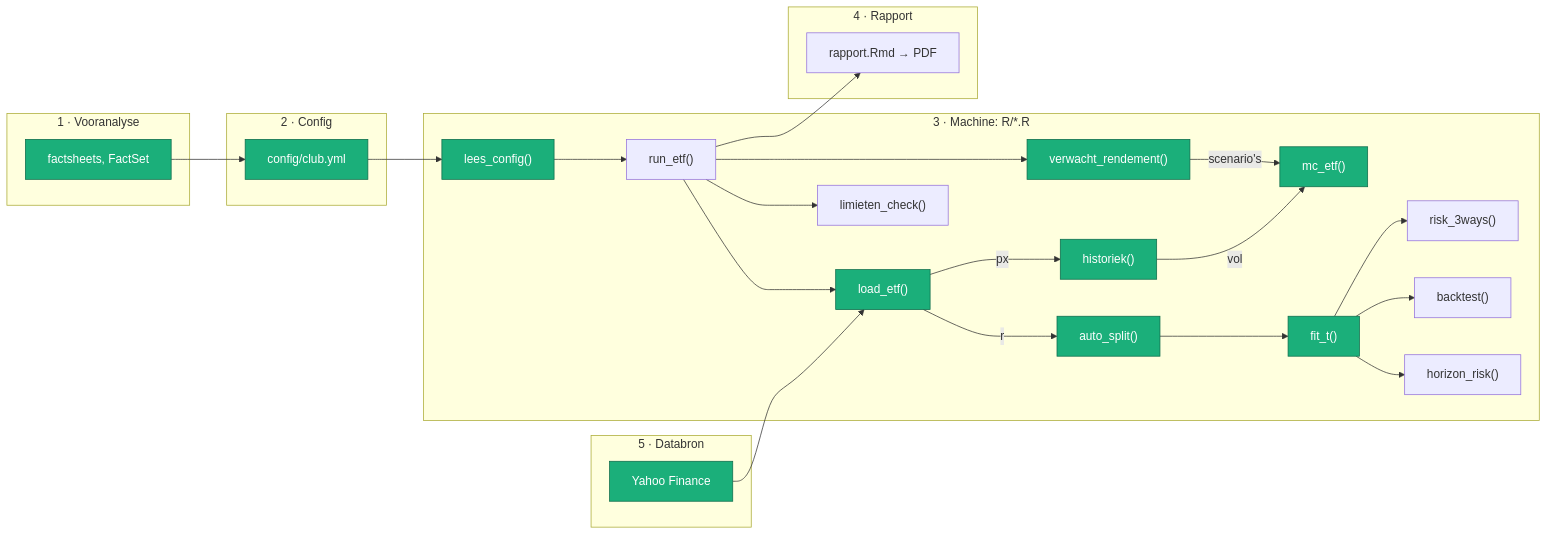
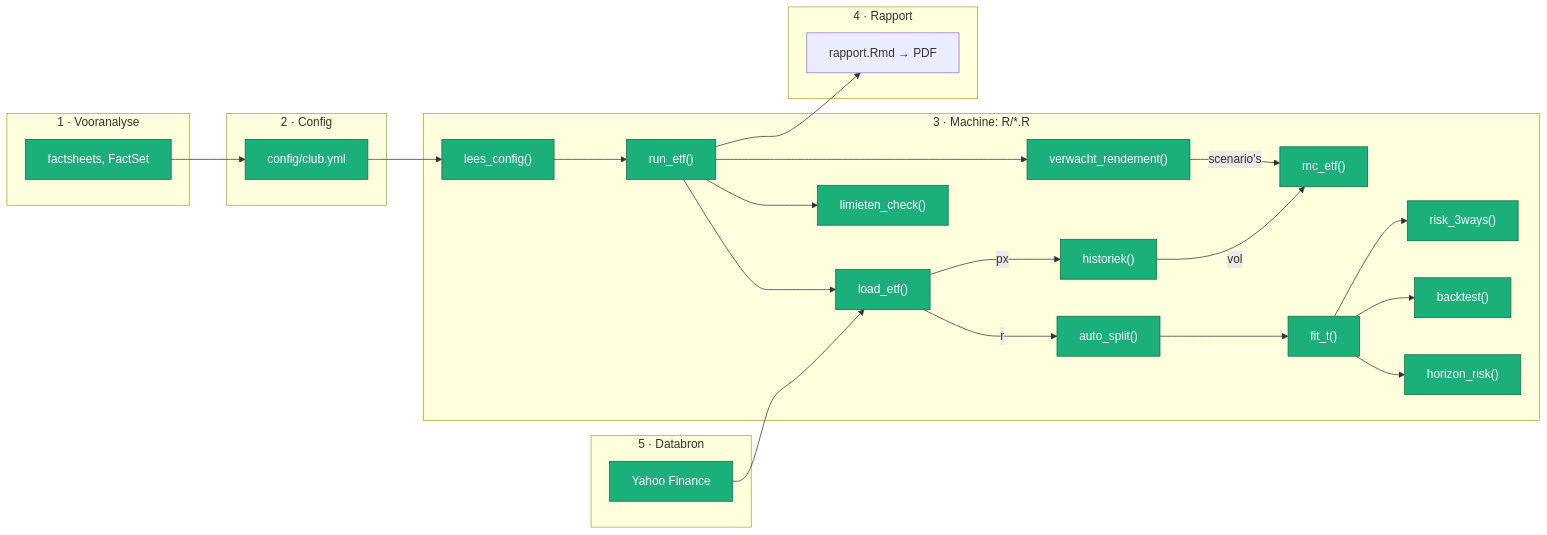
The diagram in README.md (batistedecat/etf-model-1), drawn with Mermaid before and after one commit. The commit also changed other lines of this file and 7 other files, not shown here.

````diff
--- a/README.md
+++ b/README.md
@@ -6,43 +6,43 @@
 ```mermaid
 flowchart LR
   subgraph A["1 · Vooranalyse"]
     S["factsheets, FactSet"]
   end
   subgraph B["2 · Config"]
     Y["config/club.yml"]
   end
   subgraph C["3 · Machine: R/*.R"]
     LC["lees_config()"]
     RE["run_etf()"]
     LE["load_etf()"]
     HI["historiek()"]
     VR["verwacht_rendement()"]
     MC["mc_etf()"]
     AS["auto_split()"]
     FT["fit_t()"]
     RK["risk_3ways()"]
     BT["backtest()"]
     HR["horizon_risk()"]
     LM["limieten_check()"]
   end
   subgraph D["4 · Rapport"]
     RP["rapport.Rmd → PDF"]
   end
   subgraph E["5 · Databron"]
     YH["Yahoo Finance"]
   end
   S --> Y --> LC --> RE
   RE --> LE
   LE -->|px| HI
   YH --> LE
   RE --> VR -->|scenario's| MC
   HI -->|vol| MC
   LE -->|r| AS --> FT
   FT --> RK
   FT --> BT
   FT --> HR
   RE --> LM
   RE --> RP
   classDef klaar fill:#1BAF7A,color:#fff,stroke:#0d6b4a
-    class LC,LE,YH,Y,S,HI,VR,AS,FT,MC klaar
+    class LC,LE,YH,Y,S,HI,VR,MC,AS,FT,RK,BT,HR,LM,RE klaar
 ```
````
